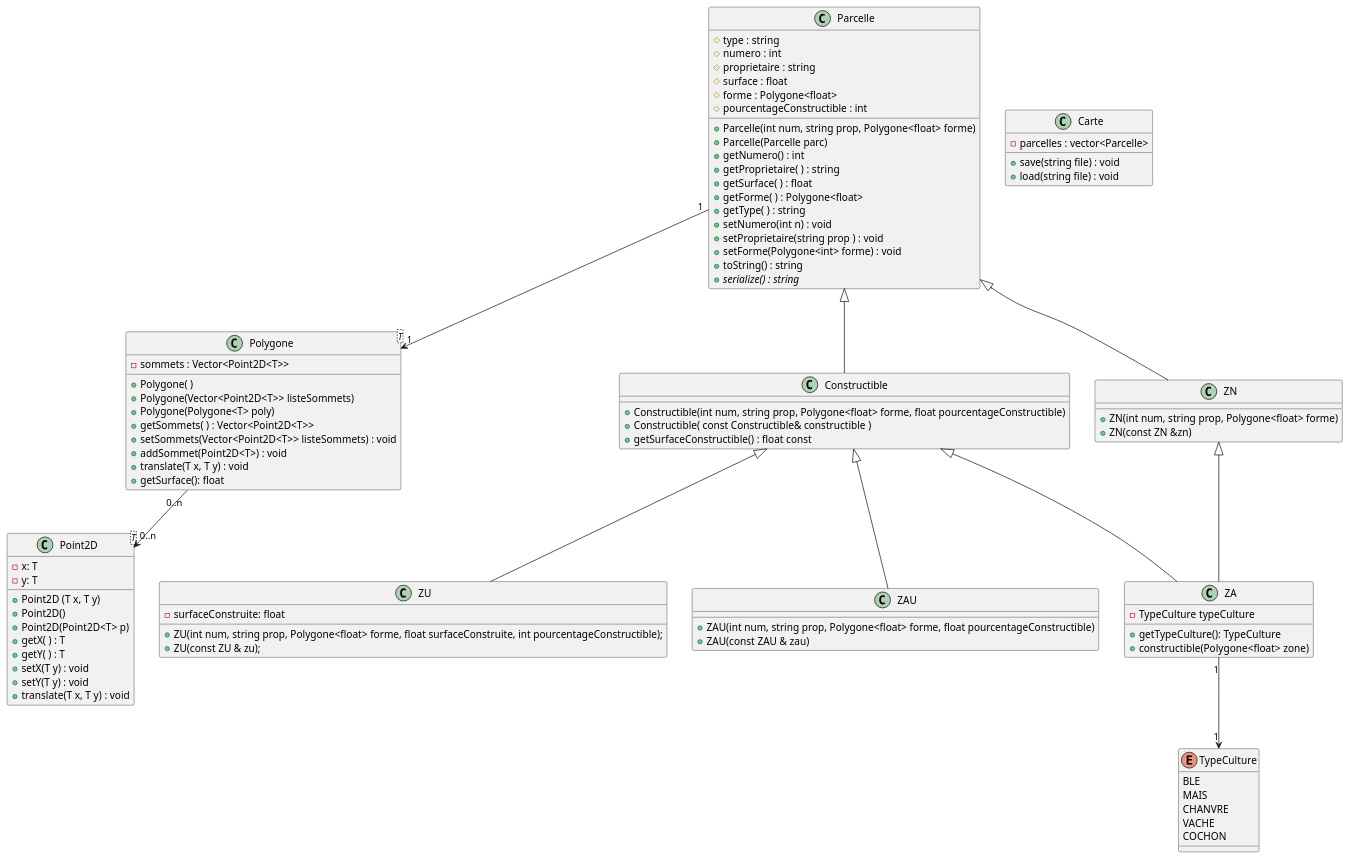
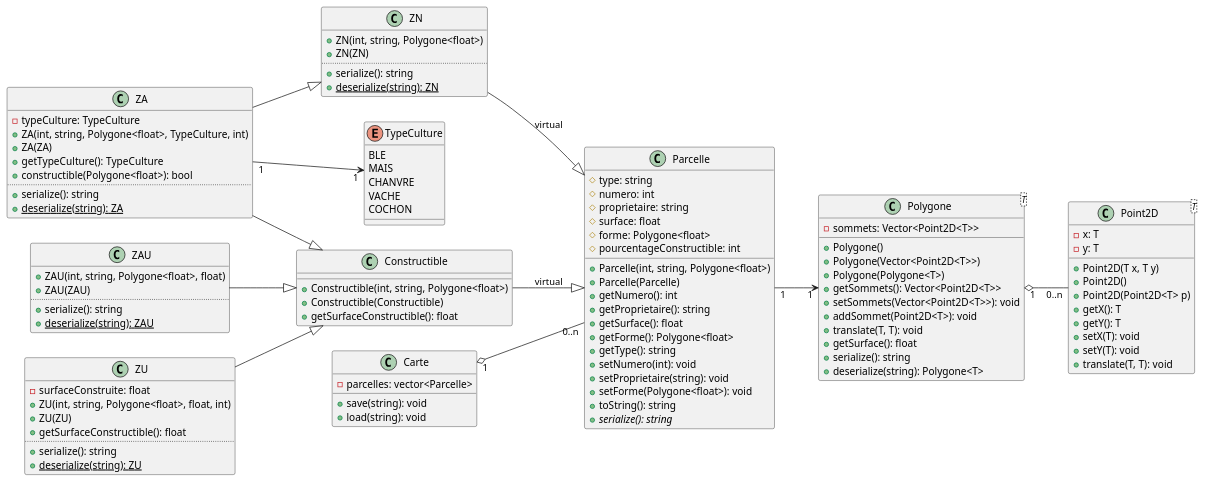
Before and after one commit to ECN-SEC-SMP/tp4-not-damien_simon_titouan_louis: the diagram in doc/ClassDiagram.puml, drawn with PlantUML. The commit also changed 2 other files, not shown here.

Commit message:
[Doc] Update class diagram

```diff
--- a/doc/ClassDiagram.puml
+++ b/doc/ClassDiagram.puml
@@ -1,103 +1,127 @@
-@startuml Class Diagram
+@startuml Parcelle_Class_Diagram
 
-class Point2D <T> {
-    - x: T
-    - y: T
+class "Point2D<T>" as Point2D {
+  - x: T
+  - y: T
 
-    + Point2D (T x, T y)
-    + Point2D()
-    + Point2D(Point2D<T> p)
-    + getX( ) : T
-    + getY( ) : T
-    + setX(T y) : void
-    + setY(T y) : void
-    + translate(T x, T y) : void
+  + Point2D(T x, T y)
+  + Point2D()
+  + Point2D(Point2D<T> p)
+  + getX(): T
+  + getY(): T
+  + setX(T): void
+  + setY(T): void
+  + translate(T, T): void
 }
 
-class Polygone <T> {
-    - sommets : Vector<Point2D<T>>
+class "Polygone<T>" as Polygone {
+  - sommets: Vector<Point2D<T>>
 
-    + Polygone( )
-    + Polygone(Vector<Point2D<T>> listeSommets)
-    + Polygone(Polygone<T> poly)
-    + getSommets( ) : Vector<Point2D<T>>
-    + setSommets(Vector<Point2D<T>> listeSommets) : void
-    + addSommet(Point2D<T>) : void
-    + translate(T x, T y) : void
-    + getSurface(): float
+  + Polygone()
+  + Polygone(Vector<Point2D<T>>)
+  + Polygone(Polygone<T>)
+  + getSommets(): Vector<Point2D<T>>
+  + setSommets(Vector<Point2D<T>>): void
+  + addSommet(Point2D<T>): void
+  + translate(T, T): void
+  + getSurface(): float
+  + serialize(): string
+  + deserialize(string): Polygone<T>
 }
 
+class Parcelle {
+  # type: string
+  # numero: int
+  # proprietaire: string
+  # surface: float
+  # forme: Polygone<float>
+  # pourcentageConstructible: int
 
-class Parcelle {
-    # type : string
-    # numero : int
-    # proprietaire : string
-    # surface : float
-    # forme : Polygone<float>
-    # pourcentageConstructible : int
-
-    + Parcelle(int num, string prop, Polygone<float> forme)
-    + Parcelle(Parcelle parc)
-    + getNumero() : int
-    + getProprietaire( ) : string
-    + getSurface( ) : float
-    + getForme( ) : Polygone<float>
-    + getType( ) : string
-    + setNumero(int n) : void
-    + setProprietaire(string prop ) : void
-    + setForme(Polygone<int> forme) : void
-    + toString() : string
-    {abstract} + serialize() : string
+  + Parcelle(int, string, Polygone<float>)
+  + Parcelle(Parcelle)
+  + getNumero(): int
+  + getProprietaire(): string
+  + getSurface(): float
+  + getForme(): Polygone<float>
+  + getType(): string
+  + setNumero(int): void
+  + setProprietaire(string): void
+  + setForme(Polygone<float>): void
+  + toString(): string
+  {abstract} + serialize(): string
 }
 
-class Constructible extends Parcelle {
-    + Constructible(int num, string prop, Polygone<float> forme, float pourcentageConstructible)
-    + Constructible( const Constructible& constructible )
-    + getSurfaceConstructible() : float const
+class Constructible {
+  + Constructible(int, string, Polygone<float>)
+  + Constructible(Constructible)
+  + getSurfaceConstructible(): float
 }
 
-class ZU extends Constructible {
-    - surfaceConstruite: float
-    + ZU(int num, string prop, Polygone<float> forme, float surfaceConstruite, int pourcentageConstructible);
-    + ZU(const ZU & zu);
+class ZN {
+  + ZN(int, string, Polygone<float>)
+  + ZN(ZN)
+  ..
+  + serialize(): string
+  {static} + deserialize(string): ZN
 }
 
-class ZAU extends Constructible {
-    + ZAU(int num, string prop, Polygone<float> forme, float pourcentageConstructible)
-    + ZAU(const ZAU & zau)
+class ZA {
+  - typeCulture: TypeCulture
+  + ZA(int, string, Polygone<float>, TypeCulture, int)
+  + ZA(ZA)
+  + getTypeCulture(): TypeCulture
+  + constructible(Polygone<float>): bool
+  ..
+  + serialize(): string
+  {static} + deserialize(string): ZA
 }
 
-class ZN extends Parcelle {
-    + ZN(int num, string prop, Polygone<float> forme)
-    + ZN(const ZN &zn)
+class ZAU {
+  + ZAU(int, string, Polygone<float>, float)
+  + ZAU(ZAU)
+  ..
+  + serialize(): string
+  {static} + deserialize(string): ZAU
 }
 
-class ZA extends ZN, Constructible {
-    - TypeCulture typeCulture
-    + getTypeCulture(): TypeCulture
-    + constructible(Polygone<float> zone)
+class ZU {
+  - surfaceConstruite: float
+  + ZU(int, string, Polygone<float>, float, int)
+  + ZU(ZU)
+  + getSurfaceConstructible(): float
+  ..
+  + serialize(): string
+  {static} + deserialize(string): ZU
+}
+
+class Carte {
+  - parcelles: vector<Parcelle>
+  + save(string): void
+  + load(string): void
 }
 
 enum TypeCulture {
-    BLE
-    MAIS
-    CHANVRE
-    VACHE
-    COCHON
+  BLE
+  MAIS
+  CHANVRE
+  VACHE
+  COCHON
 }
 
-class Carte {
-    - parcelles : vector<Parcelle>
-    + save(string file) : void
-    + load(string file) : void
-}
+' Inheritance & virtual inheritance
+Constructible --|> Parcelle : «virtual»
+ZN --|> Parcelle : «virtual»
+ZA --|> ZN
+ZA --|> Constructible
+ZAU --|> Constructible
+ZU --|> Constructible
 
-
-Polygone "0..n" --> "0..n" Point2D
+' Associations
+Polygone "1" o-- "0..n" Point2D
 Parcelle "1" --> "1" Polygone
-
+Carte "1" o-- "0..n" Parcelle
 ZA "1" --> "1" TypeCulture
 
-
-
+' Layout hints
+left to right direction
 @enduml
```
